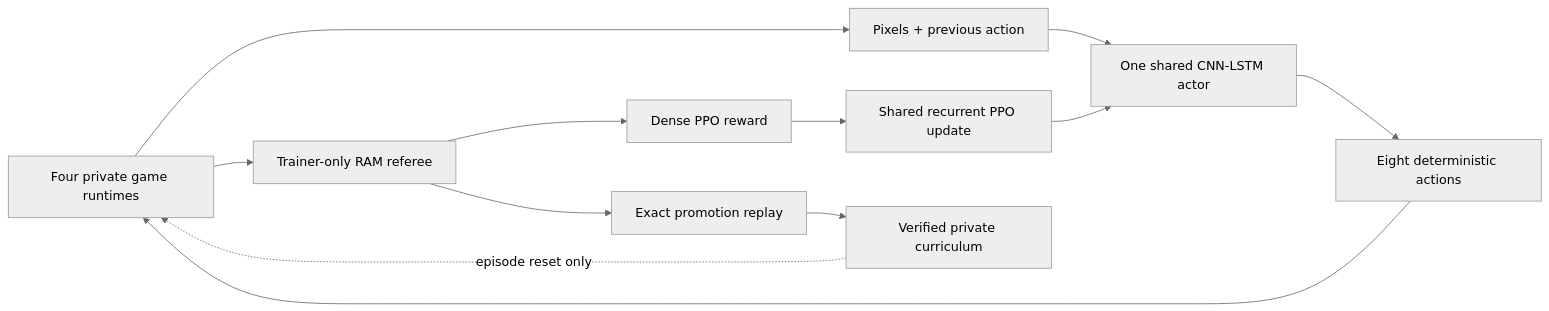
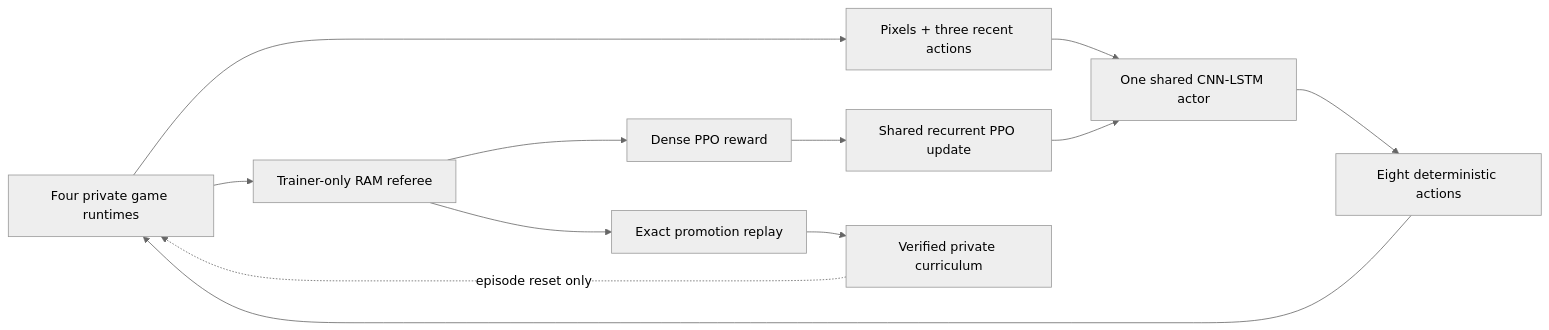
The first of 6 diagrams in docs/architecture.md (PeteAndrews1289/pokemon-red-ai), drawn with Mermaid (neutral theme) before and after one commit. The commit also changed other lines of this file and 14 other files, not shown here.

````diff
--- a/docs/architecture.md
+++ b/docs/architecture.md
@@ -9,14 +9,14 @@
 ```mermaid
 flowchart LR
-    Games["Four private game runtimes"] --> Pixels["Pixels + previous action"]
+    Games["Four private game runtimes"] --> Pixels["Pixels + three recent actions"]
     Pixels --> Policy["One shared CNN-LSTM actor"]
     Policy --> Buttons["Eight deterministic actions"]
     Buttons --> Games
     Games --> Referee["Trainer-only RAM referee"]
     Referee --> Reward["Dense PPO reward"]
     Reward --> Update["Shared recurrent PPO update"]
     Update --> Policy
     Referee --> Replay["Exact promotion replay"]
     Replay --> Curriculum["Verified private curriculum"]
     Curriculum -. "episode reset only" .-> Games
 ```
````
